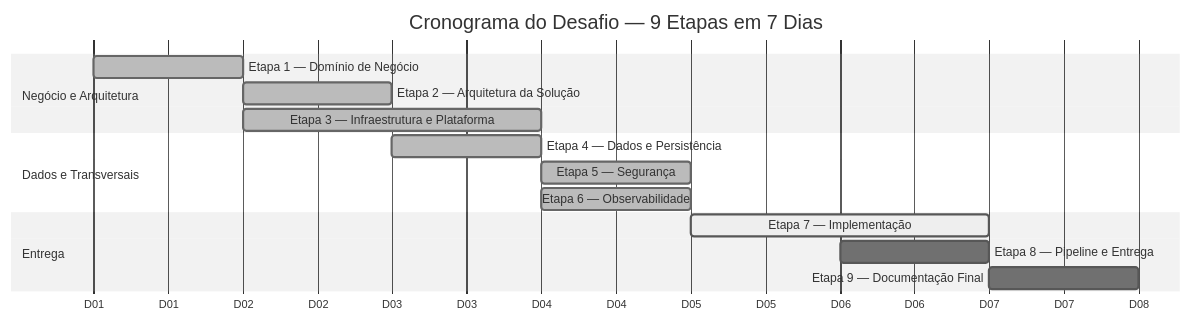
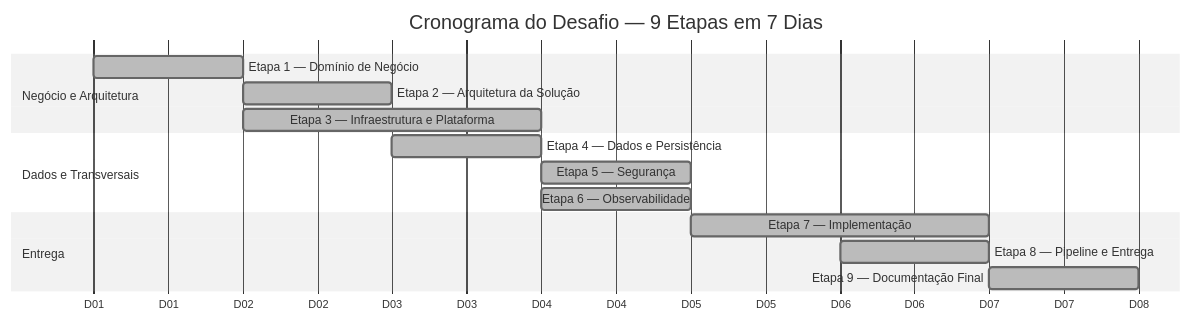
One commit to gsperim/account-engine-lab changed the diagram in docs/planejamento.md. Above: the diagram before and after it, drawn with Mermaid (neutral theme). The commit also changed other lines of this file and 7 other files, not shown here.

````diff
--- a/docs/planejamento.md
+++ b/docs/planejamento.md
@@ -36,21 +36,21 @@
 ```mermaid
 gantt
     title Cronograma do Desafio — 9 Etapas em 7 Dias
     dateFormat  YYYY-MM-DD
     axisFormat  D%d
 
     section Negócio e Arquitetura
     Etapa 1 — Domínio de Negócio          :done,   2026-01-01, 1d
     Etapa 2 — Arquitetura da Solução       :done,   2026-01-02, 1d
     Etapa 3 — Infraestrutura e Plataforma  :done,   2026-01-02, 2d
 
     section Dados e Transversais
     Etapa 4 — Dados e Persistência         :done,   2026-01-03, 1d
     Etapa 5 — Segurança                    :done,   2026-01-04, 1d
     Etapa 6 — Observabilidade              :done,   2026-01-04, 1d
 
     section Entrega
-    Etapa 7 — Implementação                :active, 2026-01-05, 2d
-    Etapa 8 — Pipeline e Entrega           :        2026-01-06, 1d
-    Etapa 9 — Documentação Final           :        2026-01-07, 1d
+    Etapa 7 — Implementação                :done,   2026-01-05, 2d
+    Etapa 8 — Pipeline e Entrega           :done,   2026-01-06, 1d
+    Etapa 9 — Documentação Final           :done,   2026-01-07, 1d
 ```
````
